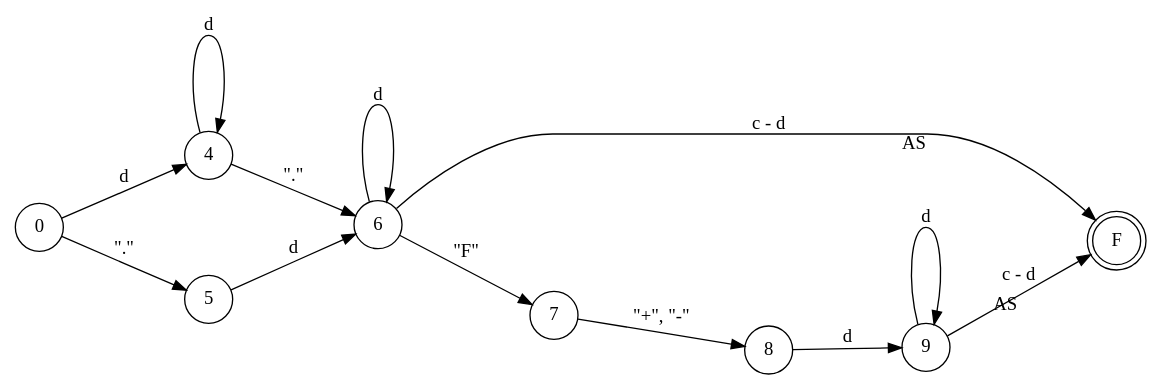
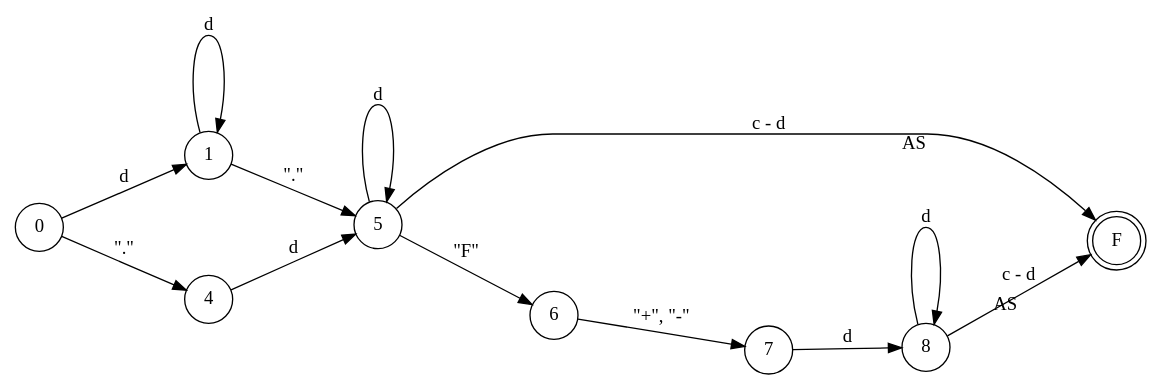
The diagram in resources/FA/FADiagrams/floating.dot (iroumec/RouVel-Compiler), drawn with Graphviz before and after one commit. The commit also changed 12 other files, not shown here.

```diff
--- a/resources/FA/FADiagrams/floating.dot
+++ b/resources/FA/FADiagrams/floating.dot
@@ -1,27 +1,27 @@
 digraph DFA {
     // Layout más libre y cuadrado
     splines = true;
     overlap = false;
     nodesep = 1;
     ranksep = 1;
     rankdir = LR;
     
     // Estados normales.
     node [shape = circle;];
     
     // Estado de aceptación.
     F [shape = doublecircle;];
     
-    0 -> 4 [label = "d";];
-    0 -> 5 [label = "\".\"";];
-    4 -> 4 [label = "d";];
-    4 -> 6 [label = "\".\"";];
-    5 -> 6 [label = "d";];
-    6 -> 6 [label = "d";];
-    6 -> F [label = "c - d"; xlabel = "AS";];
-    6 -> 7 [label = "\"F\"";];
-    7 -> 8 [label = "\"+\", \"-\"";];
-    8 -> 9 [label = "d";];
-    9 -> 9 [label = "d";];
-    9 -> F [label = "c - d"; xlabel = "AS";];
+    0 -> 1 [label = "d";];
+    0 -> 4 [label = "\".\"";];
+    1 -> 1 [label = "d";];
+    1 -> 5 [label = "\".\"";];
+    4 -> 5 [label = "d";];
+    5 -> 5 [label = "d";];
+    5 -> F [label = "c - d"; xlabel = "AS";];
+    5 -> 6 [label = "\"F\"";];
+    6 -> 7 [label = "\"+\", \"-\"";];
+    7 -> 8 [label = "d";];
+    8 -> 8 [label = "d";];
+    8 -> F [label = "c - d"; xlabel = "AS";];
 }
```
